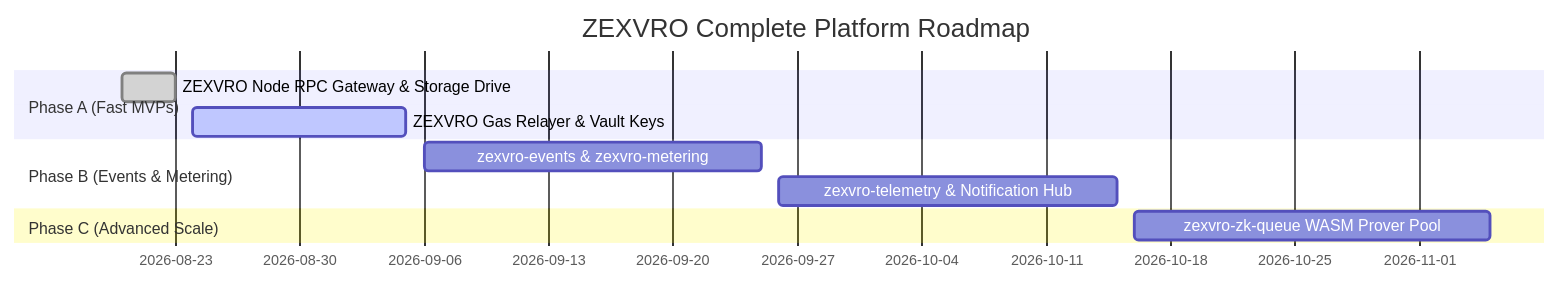
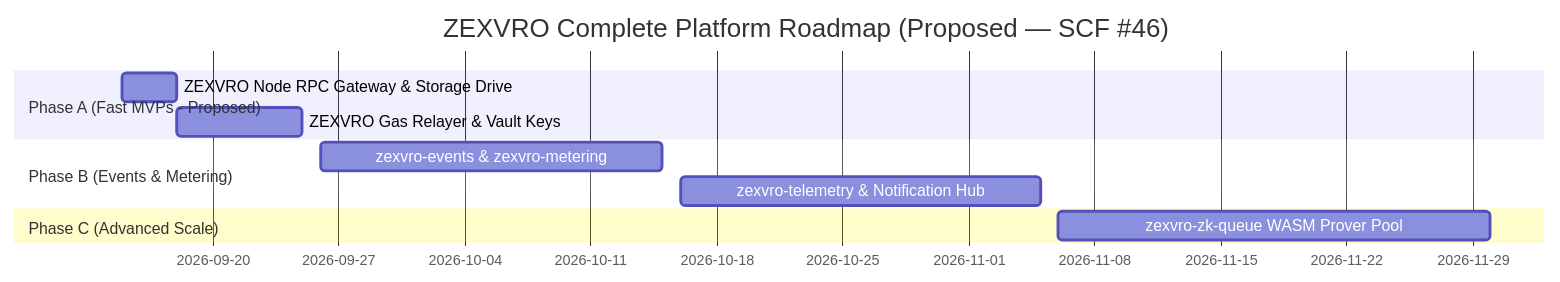
Before and after one commit to polymaths-org/zexvro: the diagram in docs/proposed-internal-services-and-product-gaps.md, drawn with Mermaid. The commit also changed other lines of this file and 127 other files, not shown here.

````diff
--- a/docs/proposed-internal-services-and-product-gaps.md
+++ b/docs/proposed-internal-services-and-product-gaps.md
@@ -123,13 +127,13 @@
 ```mermaid
 gantt
-    title ZEXVRO Complete Platform Roadmap
+    title ZEXVRO Complete Platform Roadmap (Proposed — SCF #46)
     dateFormat  YYYY-MM-DD
-    section Phase A (Fast MVPs)
-    ZEXVRO Node RPC Gateway & Storage Drive :done, p1, 2026-08-20, 2026-08-23
-    ZEXVRO Gas Relayer & Vault Keys         :active, p2, 2026-08-24, 2026-09-05
+    section Phase A (Fast MVPs - Proposed)
+    ZEXVRO Node RPC Gateway & Storage Drive :p1, 2026-09-15, 2026-09-18
+    ZEXVRO Gas Relayer & Vault Keys         :p2, 2026-09-18, 2026-09-25
     section Phase B (Events & Metering)
-    zexvro-events & zexvro-metering          :p3, 2026-09-06, 2026-09-25
-    zexvro-telemetry & Notification Hub     :p4, 2026-09-26, 2026-10-15
+    zexvro-events & zexvro-metering          :p3, 2026-09-26, 2026-10-15
+    zexvro-telemetry & Notification Hub     :p4, 2026-10-16, 2026-11-05
     section Phase C (Advanced Scale)
-    zexvro-zk-queue WASM Prover Pool         :p5, 2026-10-16, 2026-11-05
+    zexvro-zk-queue WASM Prover Pool         :p5, 2026-11-06, 2026-11-30
 ```
````
